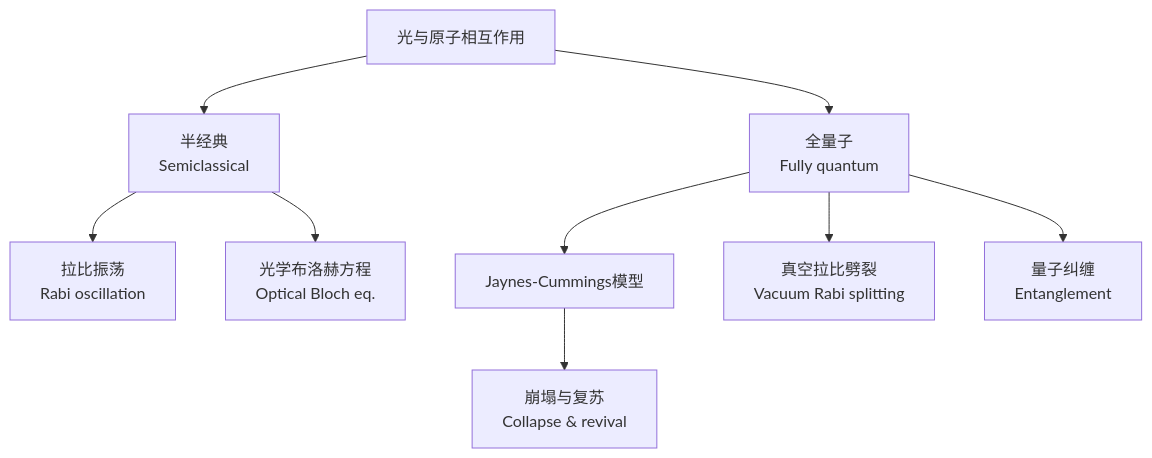
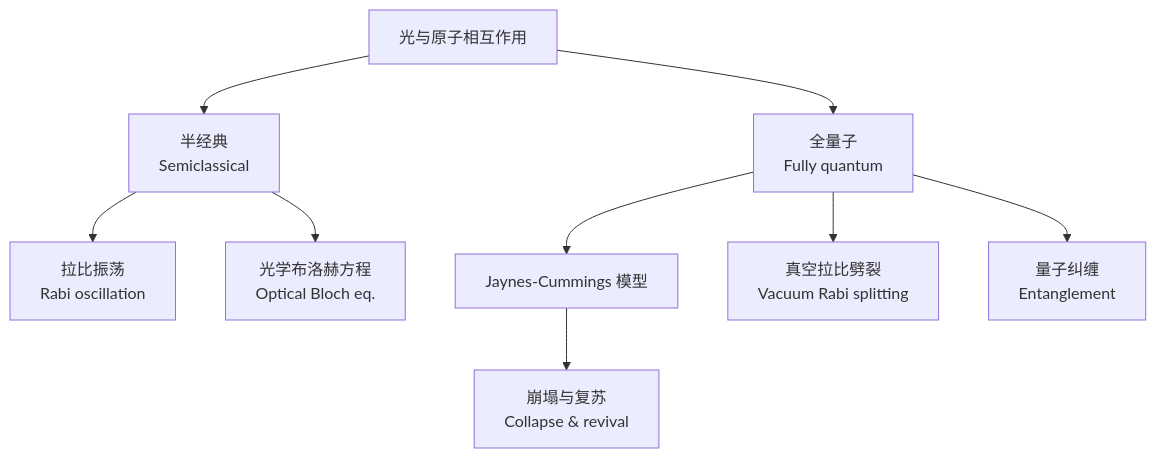
One commit to Tianshang301/TianshangKnowledgeBase changed the diagram in 02_NaturalSciences/Physics/Optics/量子光学与激光.md. Above: the diagram before and after it, drawn with Mermaid. The commit also changed 2257 other files, not shown here.

````diff
--- a/02_NaturalSciences/Physics/Optics/量子光学与激光.md
+++ b/02_NaturalSciences/Physics/Optics/量子光学与激光.md
@@ -100,11 +100,11 @@
 ```mermaid
 graph TD
     A[光与原子相互作用] --> B[半经典<br/>Semiclassical]
     A --> C[全量子<br/>Fully quantum]
     B --> D[拉比振荡<br/>Rabi oscillation]
     B --> E[光学布洛赫方程<br/>Optical Bloch eq.]
-    C --> F[Jaynes-Cummings模型]
+    C --> F[Jaynes-Cummings 模型]
     C --> G[真空拉比劈裂<br/>Vacuum Rabi splitting]
     C --> H[量子纠缠<br/>Entanglement]
     F --> I[崩塌与复苏<br/>Collapse & revival]
 ```
````
